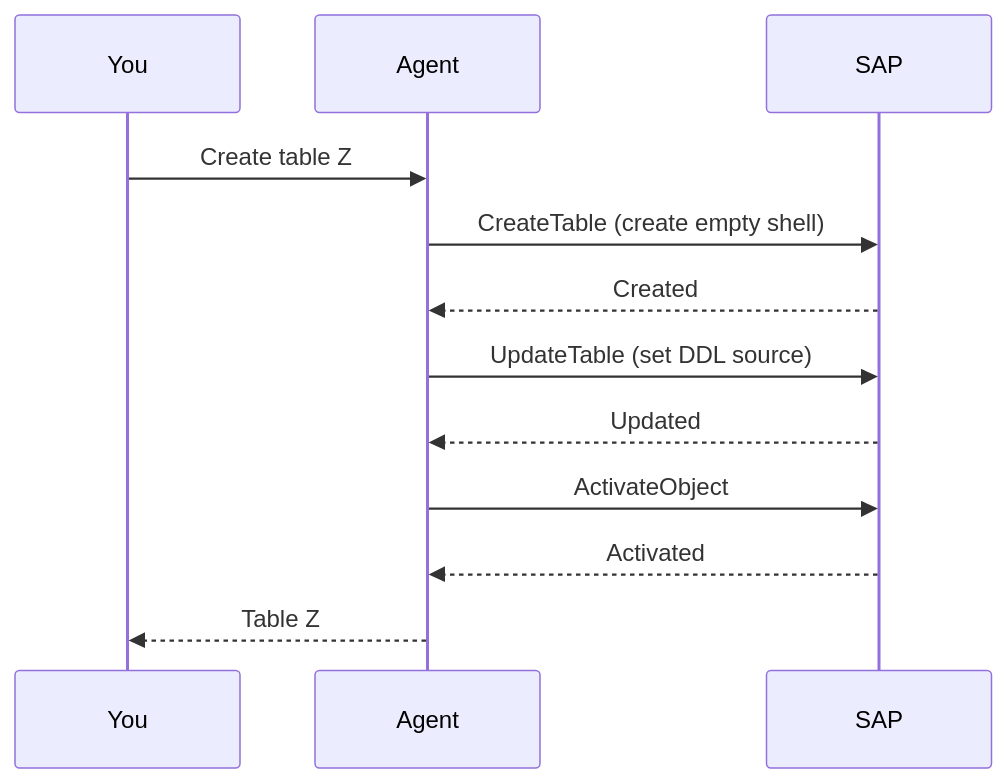
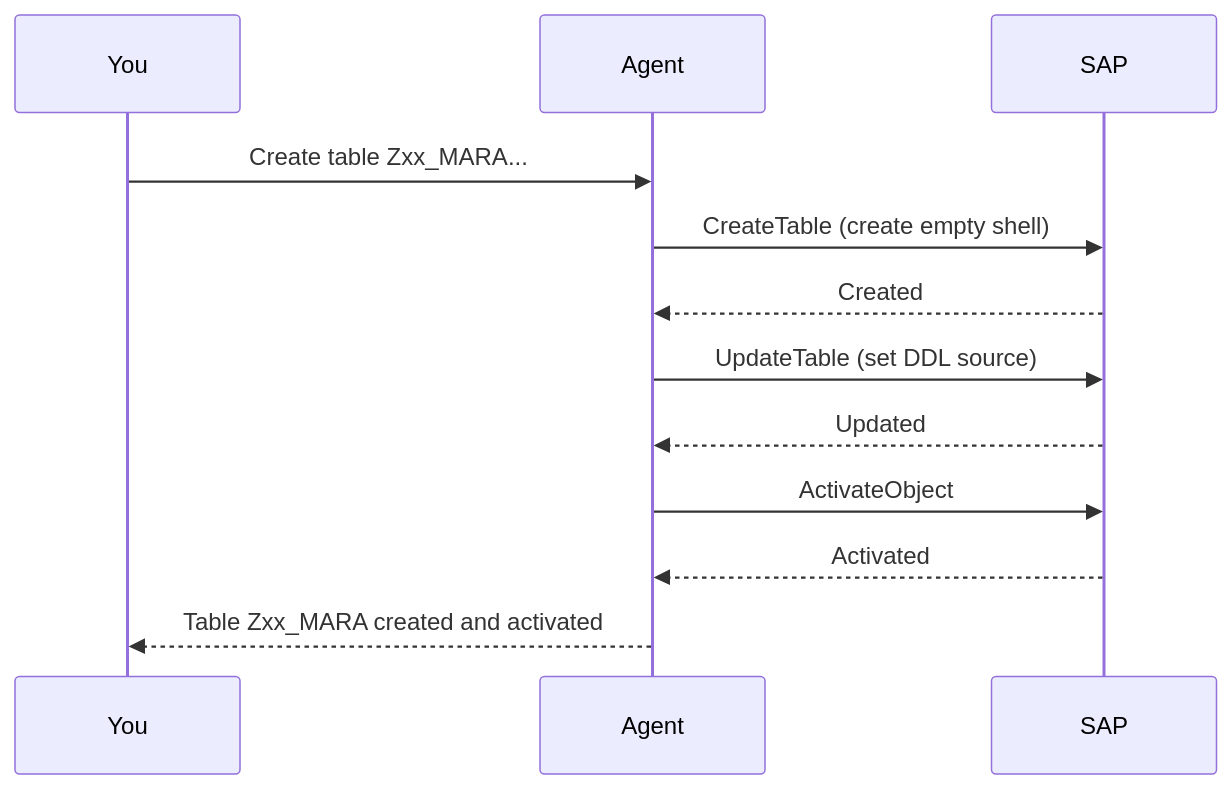
One commit to fr0ster/cloud-llm-hub changed the fifth of 10 diagrams in docs/tutorials/rap-bo-creation.md. Above: the diagram before and after it, drawn with Mermaid. The commit also changed other lines of this file, not shown here.

Commit message:
fix: replace ## with xx in mermaid diagrams — # is a mermaid special character

````diff
--- a/docs/tutorials/rap-bo-creation.md
+++ b/docs/tutorials/rap-bo-creation.md
@@ -243,15 +243,15 @@
 ```mermaid
 sequenceDiagram
     participant You
     participant Agent
     participant SAP
 
-    You->>Agent: Create table Z##_MARA...
+    You->>Agent: Create table Zxx_MARA...
     Agent->>SAP: CreateTable (create empty shell)
     SAP-->>Agent: Created
     Agent->>SAP: UpdateTable (set DDL source)
     SAP-->>Agent: Updated
     Agent->>SAP: ActivateObject
     SAP-->>Agent: Activated
-    Agent-->>You: Table Z##_MARA created and activated
+    Agent-->>You: Table Zxx_MARA created and activated
 ```
````
